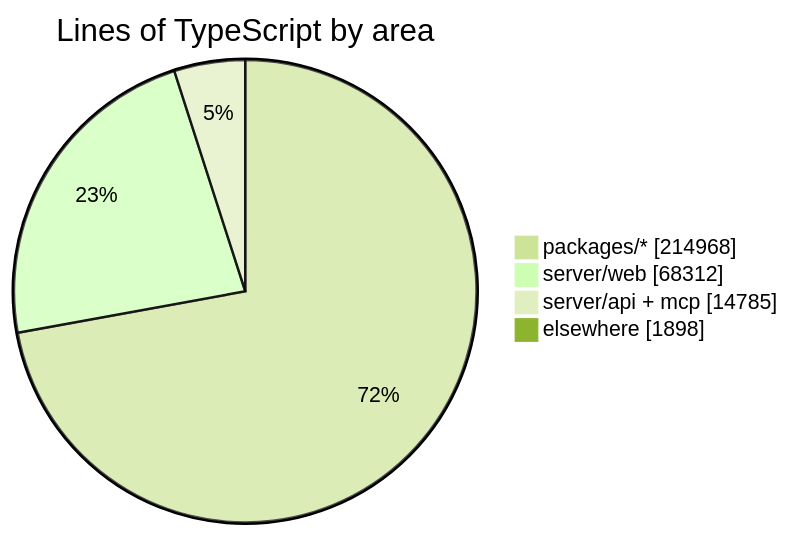
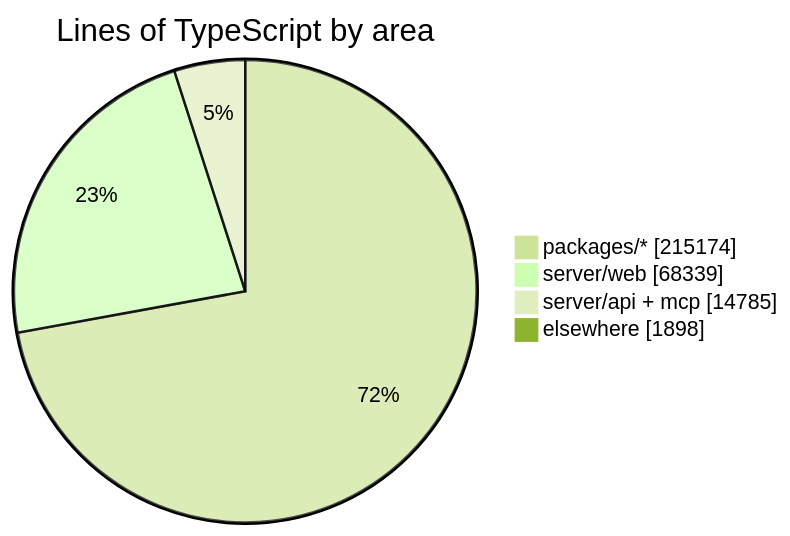
One commit to crossworks-engineering/mantle changed the diagram in README.md. Above: the diagram before and after it, drawn with Mermaid (forest theme). The commit also changed other lines of this file and 2 other files, not shown here.

````diff
--- a/README.md
+++ b/README.md
@@ -287,7 +287,7 @@
 ```mermaid
 pie showData title Lines of TypeScript by area
-    "packages/*" : 214968
-    "server/web" : 68312
+    "packages/*" : 215174
+    "server/web" : 68339
     "server/api + mcp" : 14785
     "elsewhere" : 1898
 ```
````
